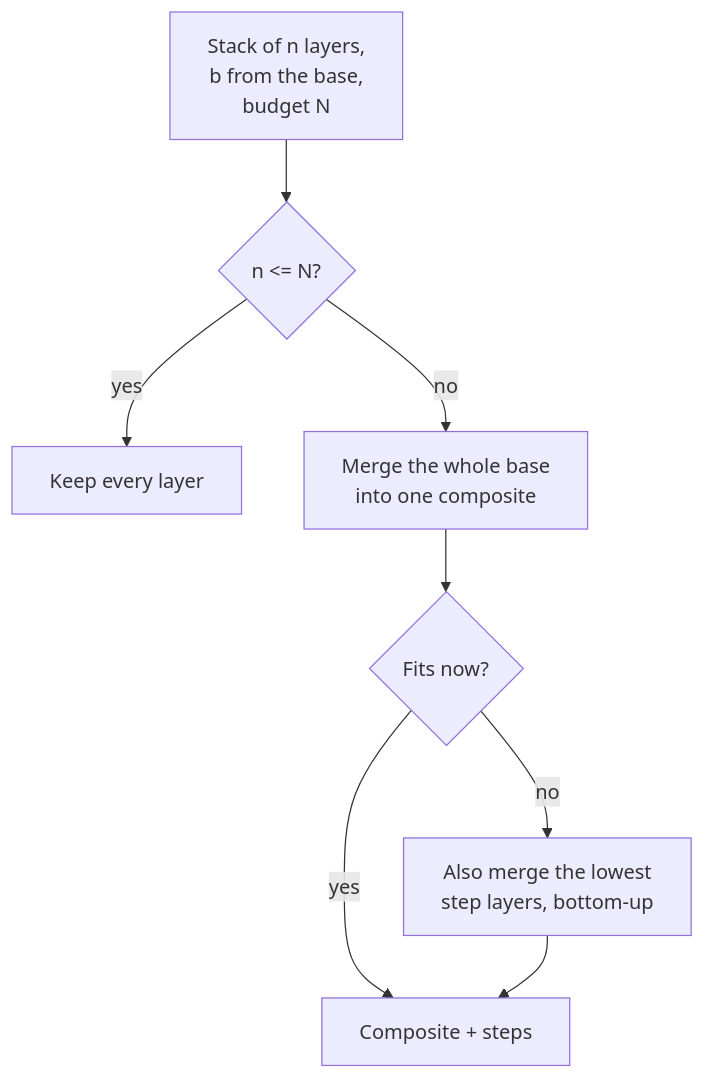
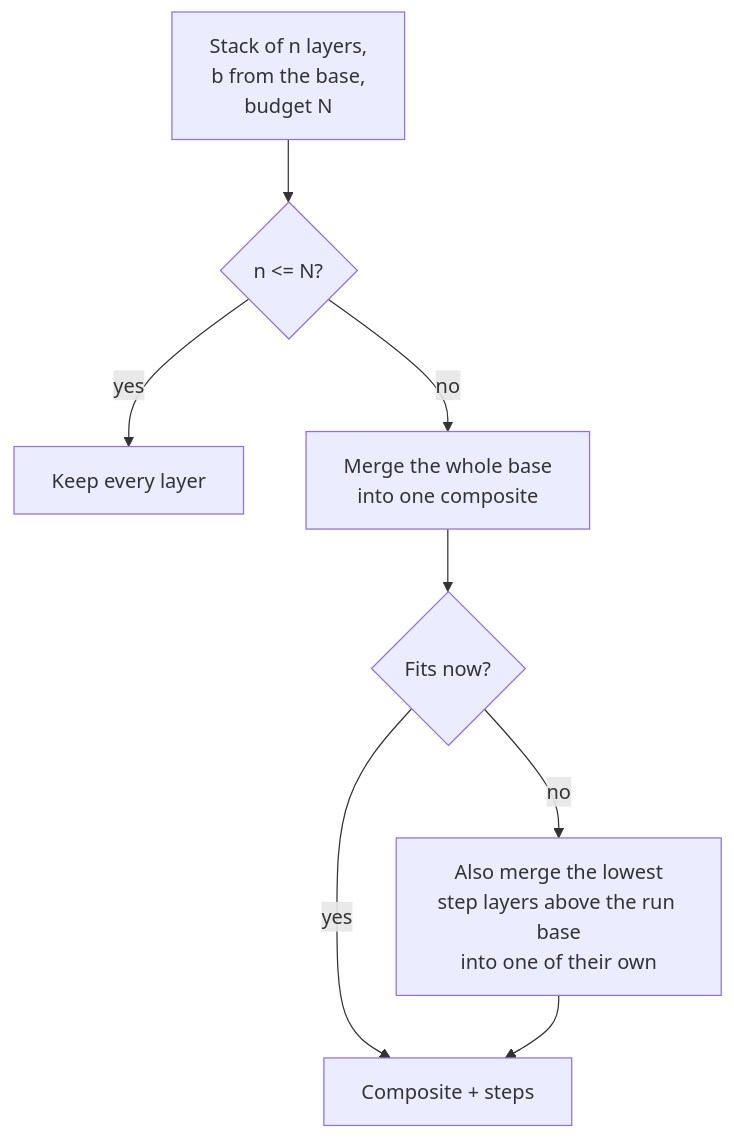
Before and after one commit to AlfonsoCampodonico/potter: the fourth of 6 diagrams in README.md, drawn with Mermaid. The commit also changed other lines of this file and 4 other files, not shown here.

Commit message:
docs: potter rebase, and the layer budget's merge on each side of the run base

````diff
--- a/README.md
+++ b/README.md
@@ -190,10 +191,10 @@
 ```mermaid
 flowchart TD
     start["Stack of n layers,<br/>b from the base,<br/>budget N"] --> fits{"n <= N?"}
     fits -- yes --> keep["Keep every layer"]
     fits -- no --> base["Merge the whole base<br/>into one composite"]
     base --> enough{"Fits now?"}
     enough -- yes --> done["Composite + steps"]
-    enough -- no --> steps["Also merge the lowest<br/>step layers, bottom-up"]
+    enough -- no --> steps["Also merge the lowest<br/>step layers above the run base<br/>into one of their own"]
     steps --> done
 ```
````
